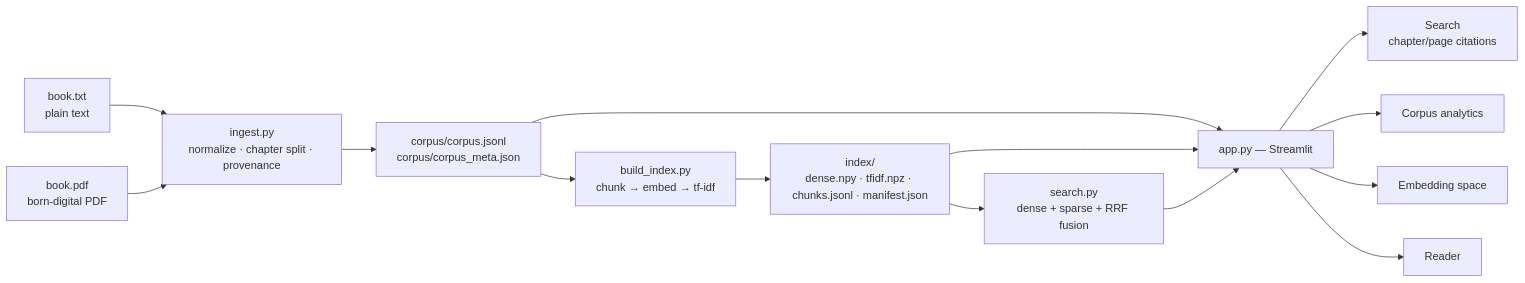
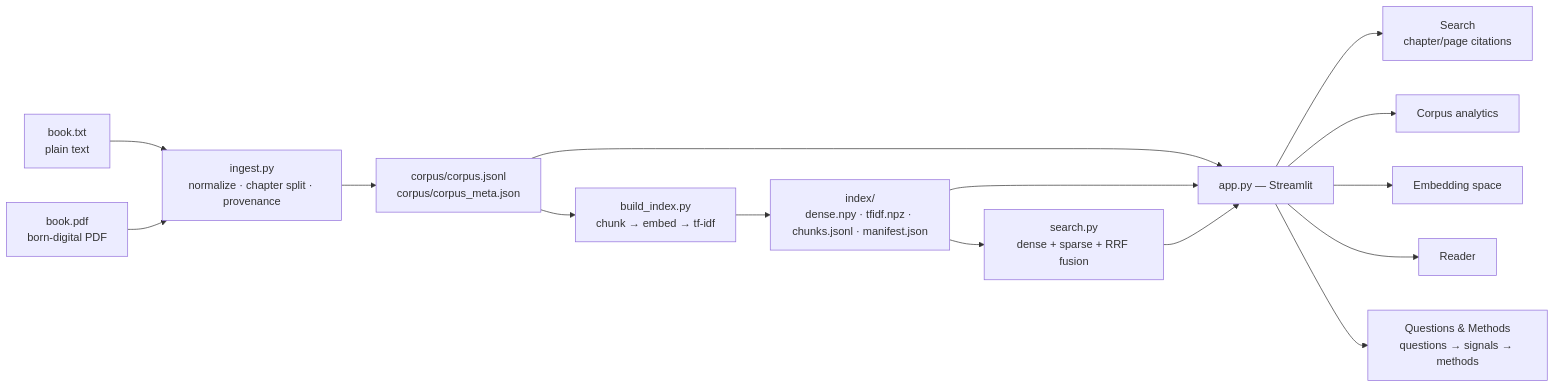
The diagram in README.md (aminrezaei-img/simply-autonomous-take-home-coding-challenge), drawn with Mermaid before and after one commit. The commit also changed other lines of this file and 4 other files, not shown here.

First line of the commit message:
Add Questions & Methods tab explaining how attributes were chosen

````diff
--- a/README.md
+++ b/README.md
@@ -109,16 +109,17 @@
 ```mermaid
 flowchart LR
     A["book.txt<br/>plain text"] --> C
     B["book.pdf<br/>born-digital PDF"] --> C
     C["ingest.py<br/>normalize · chapter split · provenance"] --> D["corpus/corpus.jsonl<br/>corpus/corpus_meta.json"]
     D --> E["build_index.py<br/>chunk → embed → tf-idf"]
     E --> F["index/<br/>dense.npy · tfidf.npz · chunks.jsonl · manifest.json"]
     F --> G["search.py<br/>dense + sparse + RRF fusion"]
     D --> H["app.py — Streamlit"]
     F --> H
     G --> H
     H --> I["Search<br/>chapter/page citations"]
     H --> J["Corpus analytics"]
     H --> K["Embedding space"]
     H --> L["Reader"]
+    H --> M["Questions & Methods<br/>questions → signals → methods"]
 ```
````
